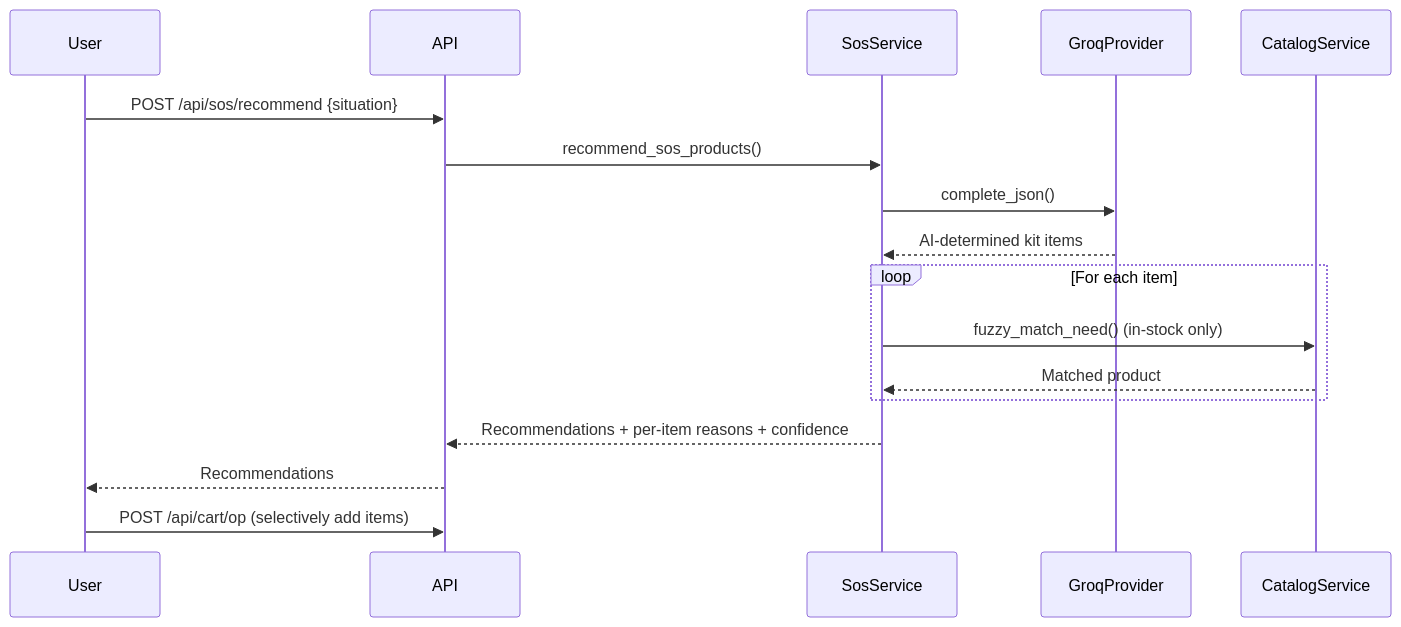
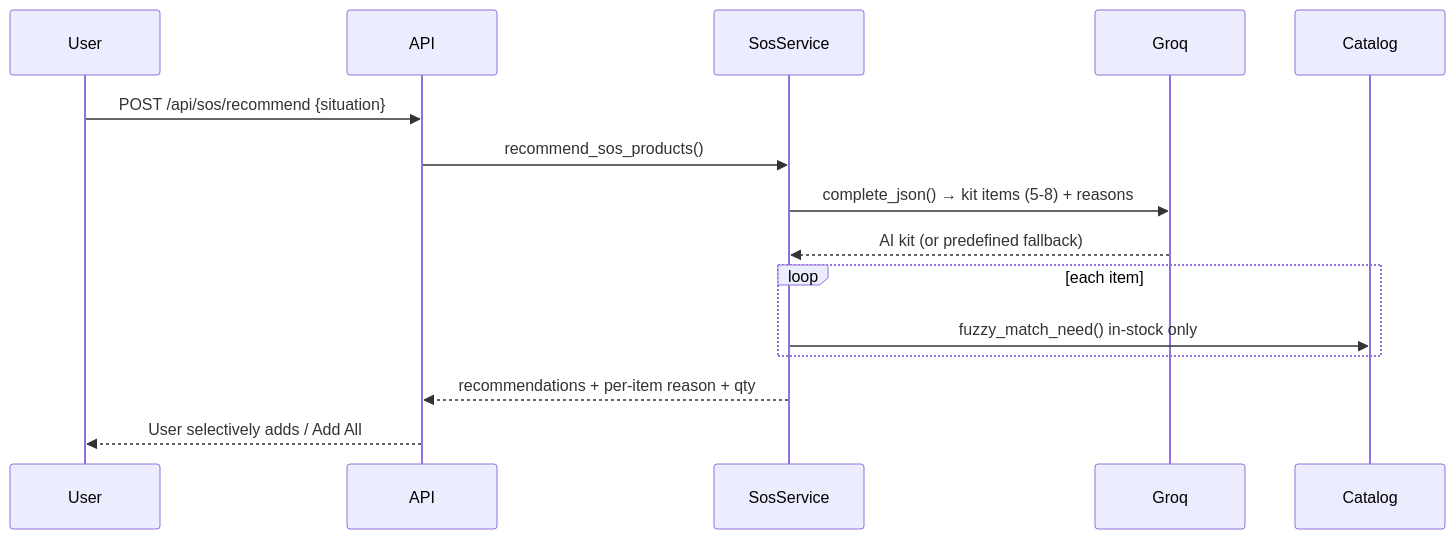
Before and after one commit to Strizzyy/NowCart: the seventh of 11 diagrams in SYSTEM_ARCHITECTURE.md, drawn with Mermaid. The commit also changed other lines of this file and 2 other files, not shown here.

Commit message:
refined readme and system architecture

````diff
--- a/SYSTEM_ARCHITECTURE.md
+++ b/SYSTEM_ARCHITECTURE.md
@@ -176,20 +203,17 @@
 ```mermaid
 sequenceDiagram
     participant User
     participant API
-    participant SosService
-    participant Groq as GroqProvider
-    participant Catalog as CatalogService
-
+    participant Sos as SosService
+    participant Groq
+    participant Catalog
     User->>API: POST /api/sos/recommend {situation}
-    API->>SosService: recommend_sos_products()
-    SosService->>Groq: complete_json()
-    Groq-->>SosService: AI-determined kit items
-    loop For each item
-        SosService->>Catalog: fuzzy_match_need() (in-stock only)
-        Catalog-->>SosService: Matched product
+    API->>Sos: recommend_sos_products()
+    Sos->>Groq: complete_json() → kit items (5-8) + reasons
+    Groq-->>Sos: AI kit (or predefined fallback)
+    loop each item
+        Sos->>Catalog: fuzzy_match_need() in-stock only
     end
-    SosService-->>API: Recommendations + per-item reasons + confidence
-    API-->>User: Recommendations
-    User->>API: POST /api/cart/op (selectively add items)
+    Sos-->>API: recommendations + per-item reason + qty
+    API-->>User: User selectively adds / Add All
 ```
````
